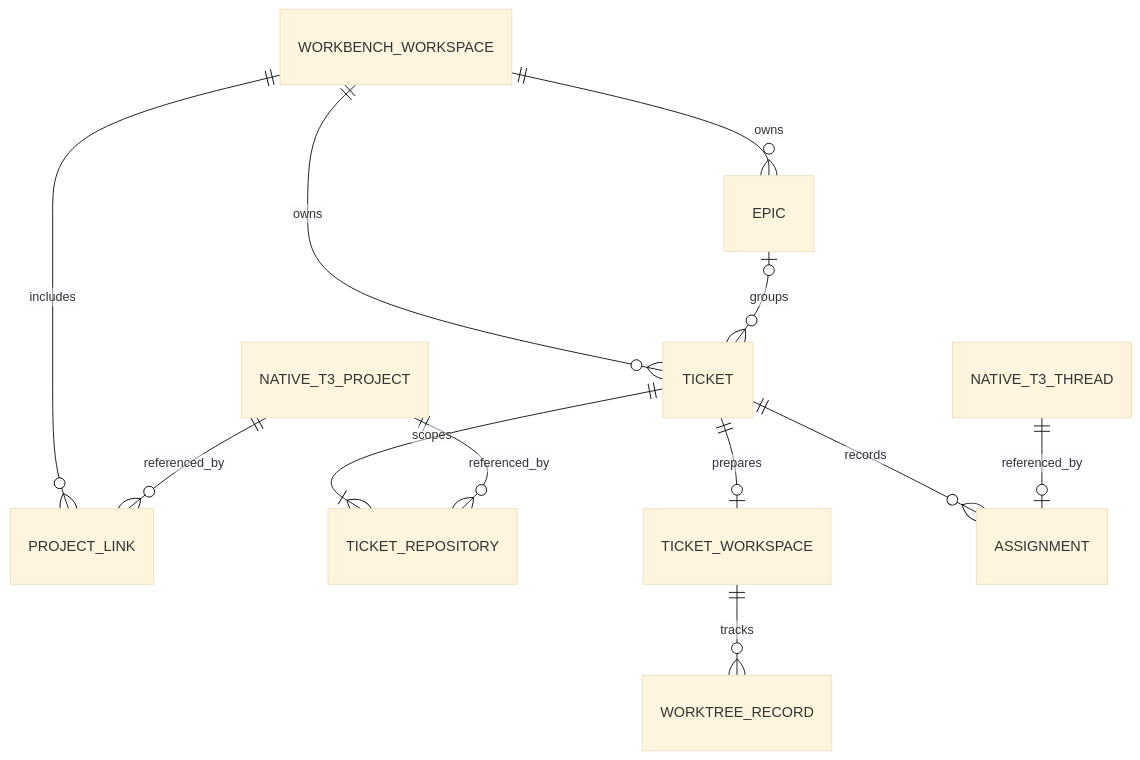
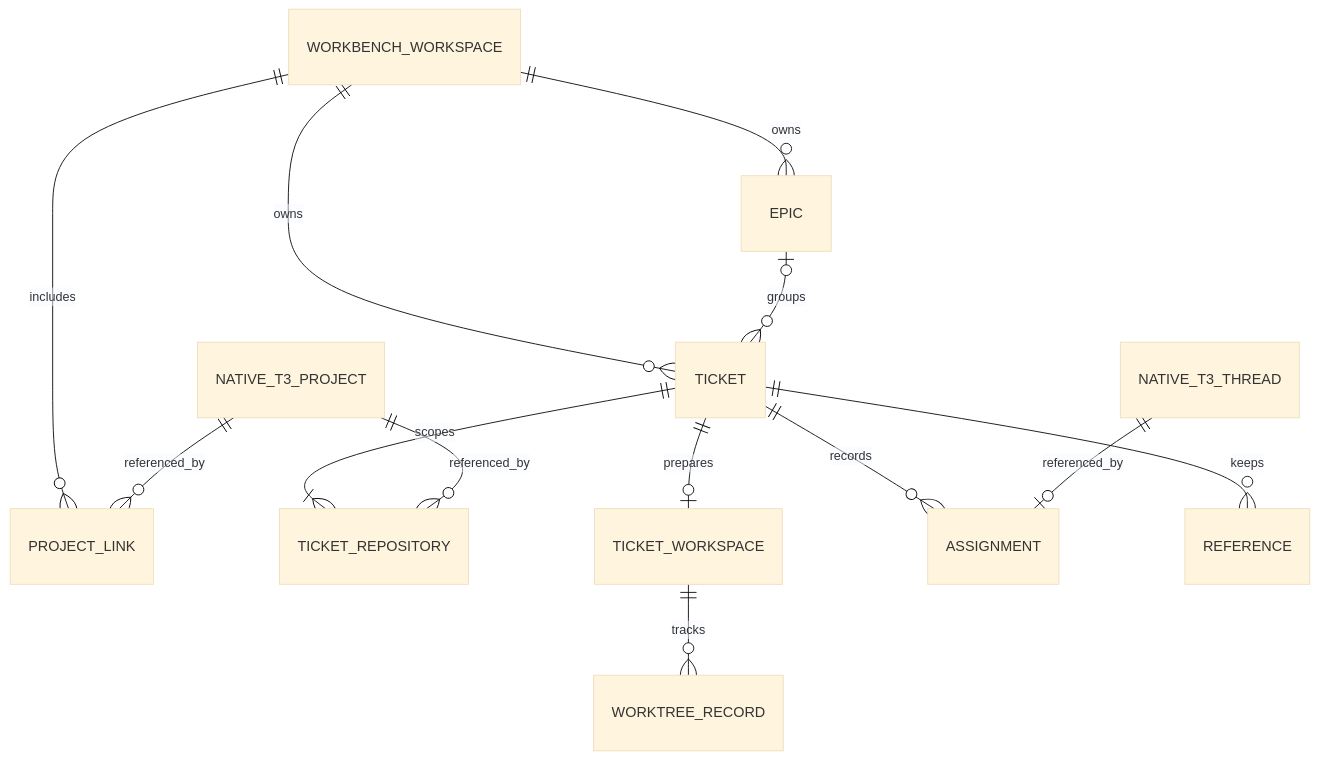
One commit to filipgutica/t3code changed the diagram in docs/internals/workbench-data-model.md. Above: the diagram before and after it, drawn with Mermaid (base theme). The commit also changed other lines of this file and 131 other files, not shown here.

````diff
--- a/docs/internals/workbench-data-model.md
+++ b/docs/internals/workbench-data-model.md
@@ -7,14 +7,15 @@
 ```mermaid
 erDiagram
     WORKBENCH_WORKSPACE ||--o{ PROJECT_LINK : includes
     NATIVE_T3_PROJECT ||--o{ PROJECT_LINK : referenced_by
     WORKBENCH_WORKSPACE ||--o{ EPIC : owns
     WORKBENCH_WORKSPACE ||--o{ TICKET : owns
     EPIC |o--o{ TICKET : groups
     TICKET ||--|{ TICKET_REPOSITORY : scopes
     NATIVE_T3_PROJECT ||--o{ TICKET_REPOSITORY : referenced_by
     TICKET ||--o| TICKET_WORKSPACE : prepares
     TICKET_WORKSPACE ||--o{ WORKTREE_RECORD : tracks
     TICKET ||--o{ ASSIGNMENT : records
+    TICKET ||--o{ REFERENCE : keeps
     NATIVE_T3_THREAD ||--o| ASSIGNMENT : referenced_by
 ```
````
